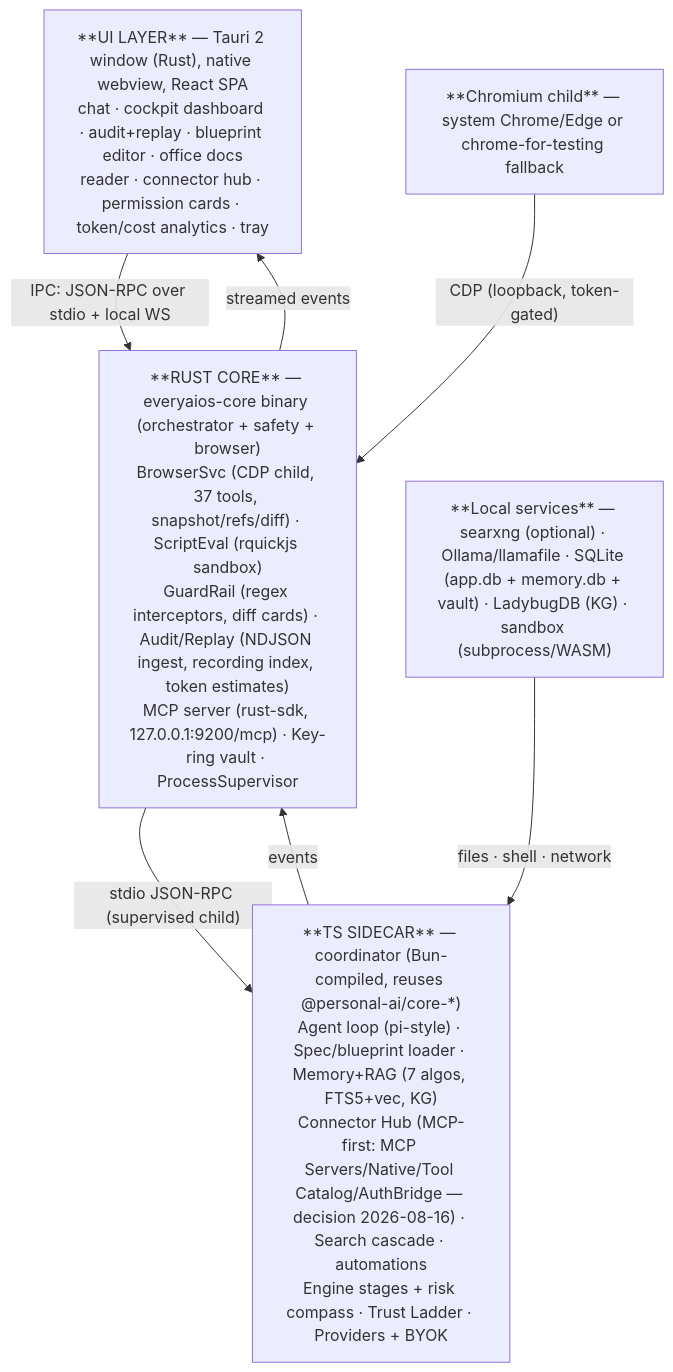
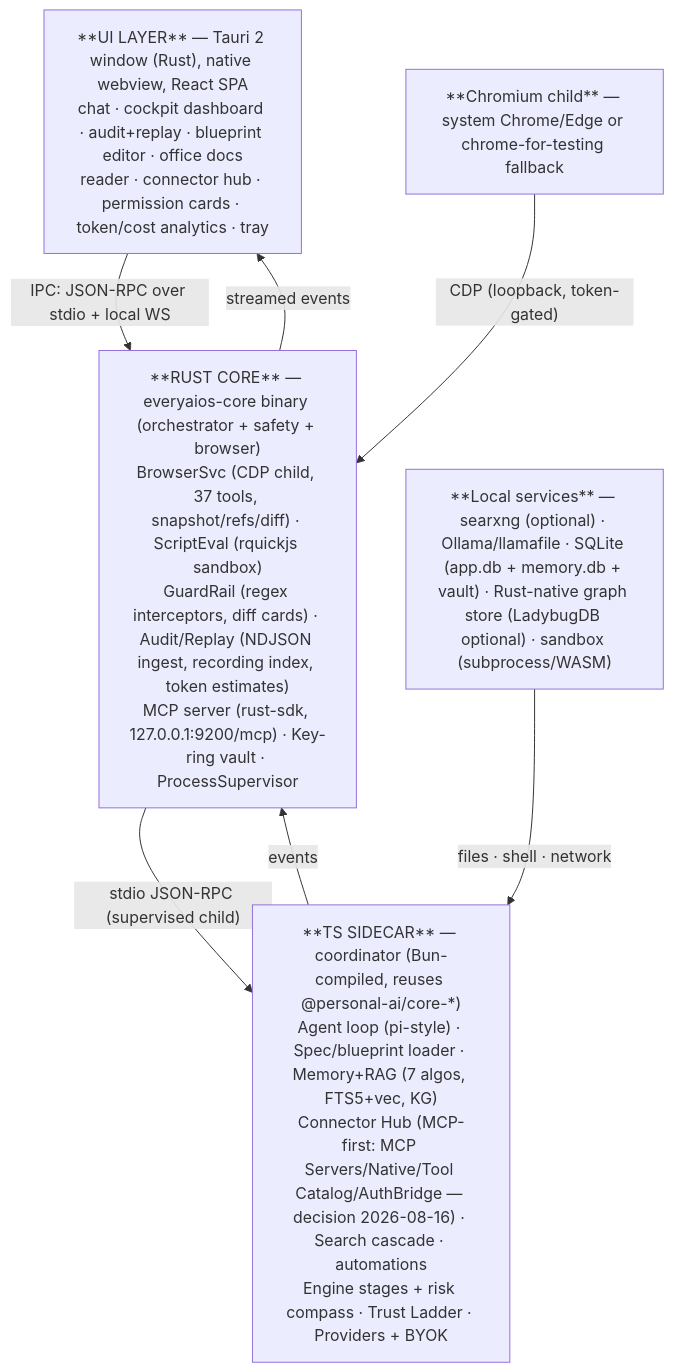
Before and after one commit to sarv-projects/EveryAIOS: the first of 2 diagrams in ARCH/01-SYSTEM-ARCHITECTURE.md, drawn with Mermaid. The commit also changed other lines of this file and 5 other files, not shown here.

First line of the commit message:
Final consistency pass: sync ARCH/DIAGRAMS/01/08/09 + UI-DESIGN-PROMPT

````diff
--- a/ARCH/01-SYSTEM-ARCHITECTURE.md
+++ b/ARCH/01-SYSTEM-ARCHITECTURE.md
@@ -5,14 +5,14 @@
 ```mermaid
 flowchart TD
     UI["**UI LAYER** — Tauri 2 window (Rust), native webview, React SPA<br/>chat · cockpit dashboard · audit+replay · blueprint editor · office docs<br/>reader · connector hub · permission cards · token/cost analytics · tray"]
     CORE["**RUST CORE** — everyaios-core binary (orchestrator + safety + browser)<br/>BrowserSvc (CDP child, 37 tools, snapshot/refs/diff) · ScriptEval (rquickjs sandbox)<br/>GuardRail (regex interceptors, diff cards) · Audit/Replay (NDJSON ingest, recording index, token estimates)<br/>MCP server (rust-sdk, 127.0.0.1:9200/mcp) · Key-ring vault · ProcessSupervisor"]
     SIDE["**TS SIDECAR** — coordinator (Bun-compiled, reuses @personal-ai/core-*)<br/>Agent loop (pi-style) · Spec/blueprint loader · Memory+RAG (7 algos, FTS5+vec, KG)<br/>Connector Hub (MCP-first: MCP Servers/Native/Tool Catalog/AuthBridge — decision 2026-08-16) · Search cascade · automations<br/>Engine stages + risk compass · Trust Ladder · Providers + BYOK"]
     CHROME["**Chromium child** — system Chrome/Edge or chrome-for-testing fallback"]
-    LOCAL["**Local services** — searxng (optional) · Ollama/llamafile · SQLite (app.db + memory.db + vault) · LadybugDB (KG) · sandbox (subprocess/WASM)"]
+    LOCAL["**Local services** — searxng (optional) · Ollama/llamafile · SQLite (app.db + memory.db + vault) · Rust-native graph store (LadybugDB optional) · sandbox (subprocess/WASM)"]
     UI -->|"IPC: JSON-RPC over stdio + local WS"| CORE
     CORE -->|"streamed events"| UI
     CORE -->|"stdio JSON-RPC (supervised child)"| SIDE
     SIDE -->|"events"| CORE
     CHROME -->|"CDP (loopback, token-gated)"| CORE
     LOCAL -->|"files · shell · network"| SIDE
 ```
````
